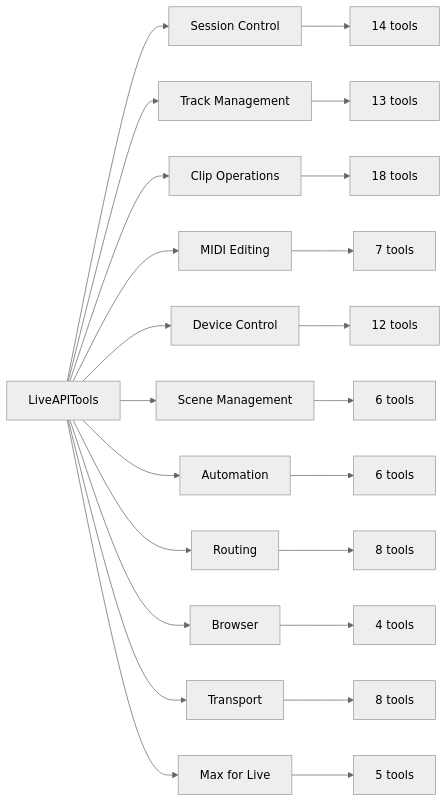
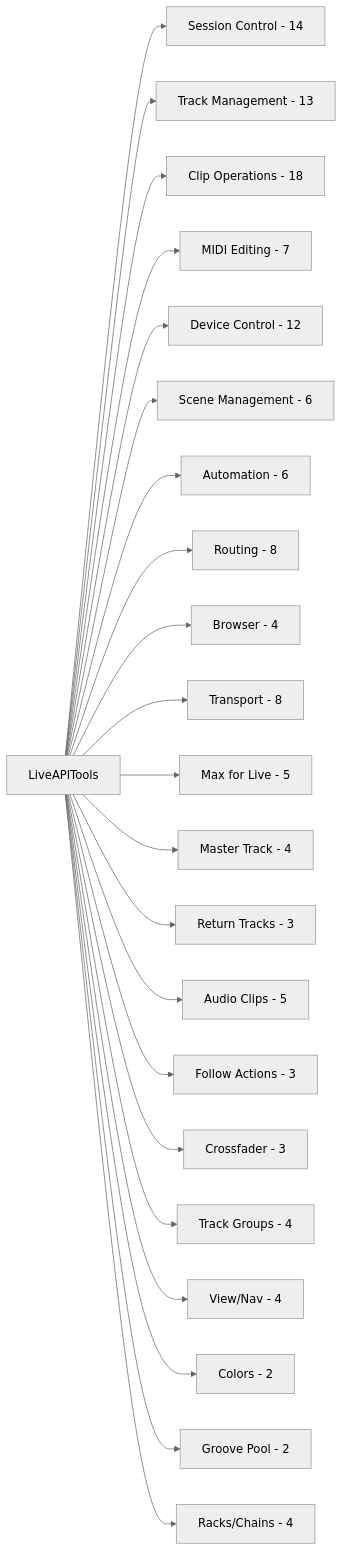
One commit to Ziforge/ableton-liveapi-tools changed the fourth of 7 diagrams in docs/ARCHITECTURE.md. Above: the diagram before and after it, drawn with Mermaid (neutral theme). The commit also changed other lines of this file and 6 other files, not shown here.

First line of the commit message:
Add 34 new LiveAPI tools (125 → 159 total)

````diff
--- a/docs/ARCHITECTURE.md
+++ b/docs/ARCHITECTURE.md
@@ -85,26 +85,24 @@
 ```mermaid
 graph LR
-    A[LiveAPITools] --> B[Session Control]
-    A --> C[Track Management]
-    A --> D[Clip Operations]
-    A --> E[MIDI Editing]
-    A --> F[Device Control]
-    A --> G[Scene Management]
-    A --> H[Automation]
-    A --> I[Routing]
-    A --> J[Browser]
-    A --> K[Transport]
-    A --> L[Max for Live]
-
-    B --> B1[14 tools]
-    C --> C1[13 tools]
-    D --> D1[18 tools]
-    E --> E1[7 tools]
-    F --> F1[12 tools]
-    G --> G1[6 tools]
-    H --> H1[6 tools]
-    I --> I1[8 tools]
-    J --> J1[4 tools]
-    K --> K1[8 tools]
-    L --> L1[5 tools]
+    A[LiveAPITools] --> B[Session Control - 14]
+    A --> C[Track Management - 13]
+    A --> D[Clip Operations - 18]
+    A --> E[MIDI Editing - 7]
+    A --> F[Device Control - 12]
+    A --> G[Scene Management - 6]
+    A --> H[Automation - 6]
+    A --> I[Routing - 8]
+    A --> J[Browser - 4]
+    A --> K[Transport - 8]
+    A --> L[Max for Live - 5]
+    A --> M[Master Track - 4]
+    A --> N[Return Tracks - 3]
+    A --> O[Audio Clips - 5]
+    A --> P[Follow Actions - 3]
+    A --> Q[Crossfader - 3]
+    A --> R[Track Groups - 4]
+    A --> S[View/Nav - 4]
+    A --> T[Colors - 2]
+    A --> U[Groove Pool - 2]
+    A --> V[Racks/Chains - 4]
 ```
````
